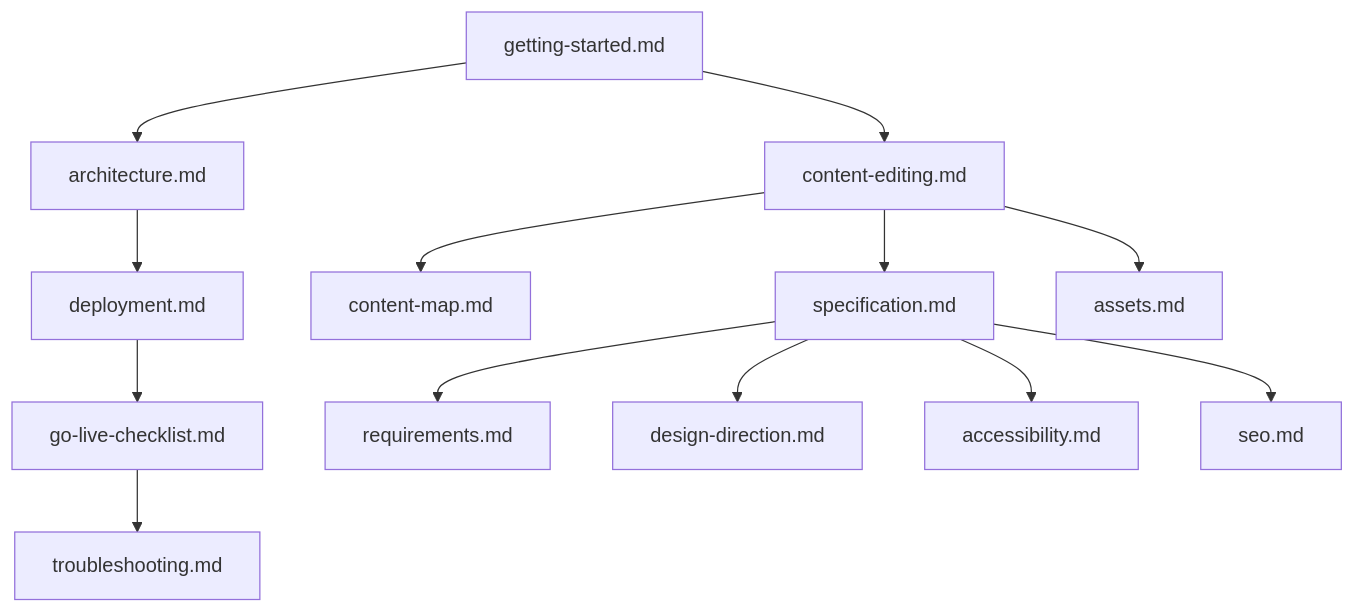
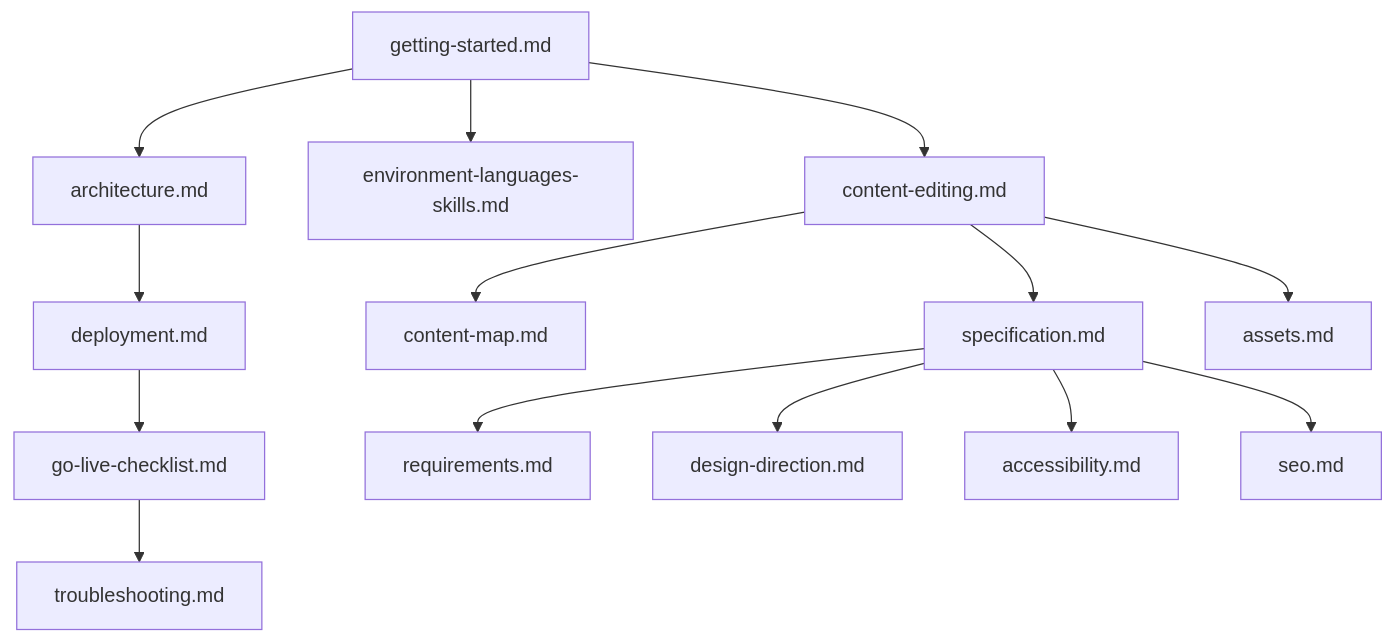
Before and after one commit to balajiselvaraj1601/balajiselvaraj1601.github.io: the diagram in docs/README.md, drawn with Mermaid. The commit also changed other lines of this file and 69 other files, not shown here.

````diff
--- a/docs/README.md
+++ b/docs/README.md
@@ -45,15 +46,16 @@
 ```mermaid
 flowchart TD
   GS[getting-started.md] --> ARCH[architecture.md]
+  GS --> ELS[environment-languages-skills.md]
   GS --> CE[content-editing.md]
   CE --> CM[content-map.md]
   CE --> SPEC[specification.md]
   ARCH --> DEP[deployment.md]
   DEP --> GL[go-live-checklist.md]
   GL --> TS[troubleshooting.md]
   SPEC --> REQ[requirements.md]
   SPEC --> DD[design-direction.md]
   SPEC --> A11Y[accessibility.md]
   SPEC --> SEO[seo.md]
   CE --> ASSETS[assets.md]
 ```
````
